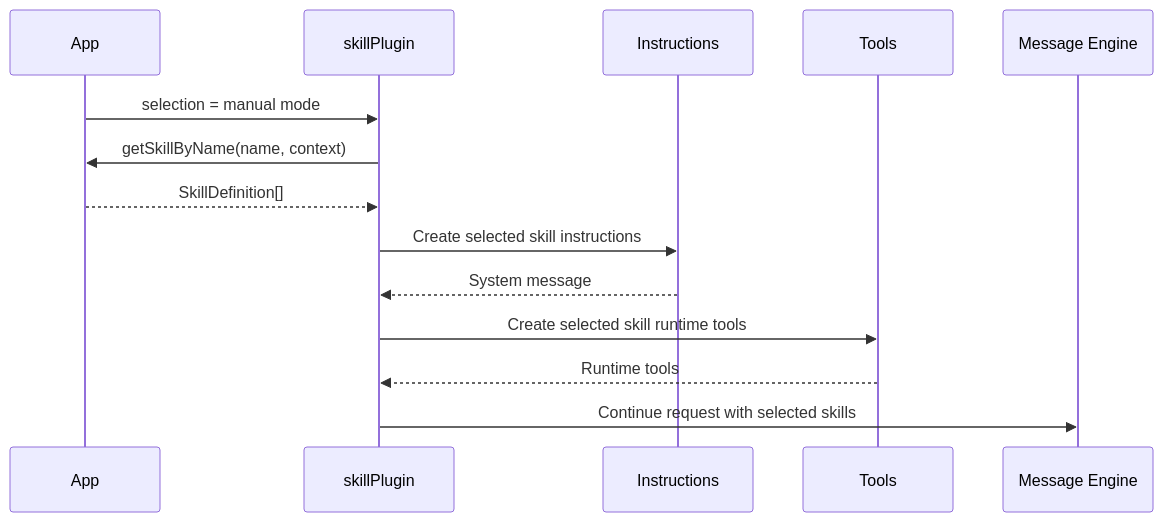
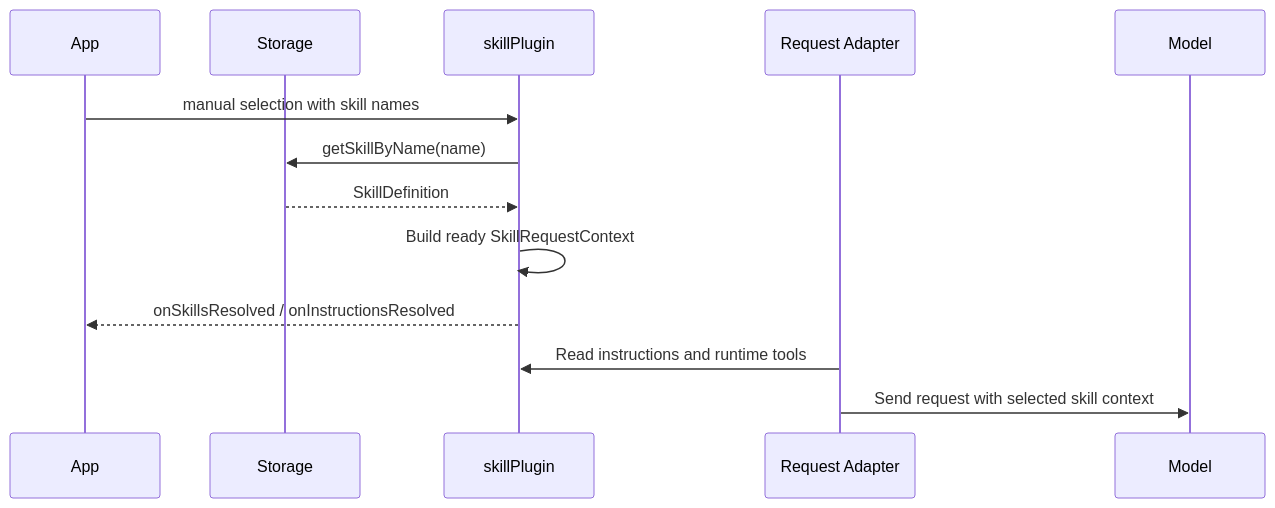
One commit to opentiny/tiny-robot changed the first of 2 diagrams in packages/kit/src/skills/README.md. Above: the diagram before and after it, drawn with Mermaid. The commit also changed other lines of this file, not shown here.

Commit message:
docs: update skill readme

````diff
--- a/packages/kit/src/skills/README.md
+++ b/packages/kit/src/skills/README.md
@@ -265,17 +121,16 @@
 ```mermaid
 sequenceDiagram
   participant App
+  participant Storage
   participant Plugin as skillPlugin
-  participant Instructions
-  participant Tools
-  participant Engine as Message Engine
+  participant Adapter as Request Adapter
+  participant Model
 
-  App->>Plugin: selection = manual mode
-  Plugin->>App: getSkillByName(name, context)
-  App-->>Plugin: SkillDefinition[]
-  Plugin->>Instructions: Create selected skill instructions
-  Instructions-->>Plugin: System message
-  Plugin->>Tools: Create selected skill runtime tools
-  Tools-->>Plugin: Runtime tools
-  Plugin->>Engine: Continue request with selected skills
+  App->>Plugin: manual selection with skill names
+  Plugin->>Storage: getSkillByName(name)
+  Storage-->>Plugin: SkillDefinition
+  Plugin->>Plugin: Build ready SkillRequestContext
+  Plugin-->>App: onSkillsResolved / onInstructionsResolved
+  Adapter->>Plugin: Read instructions and runtime tools
+  Adapter->>Model: Send request with selected skill context
 ```
````
